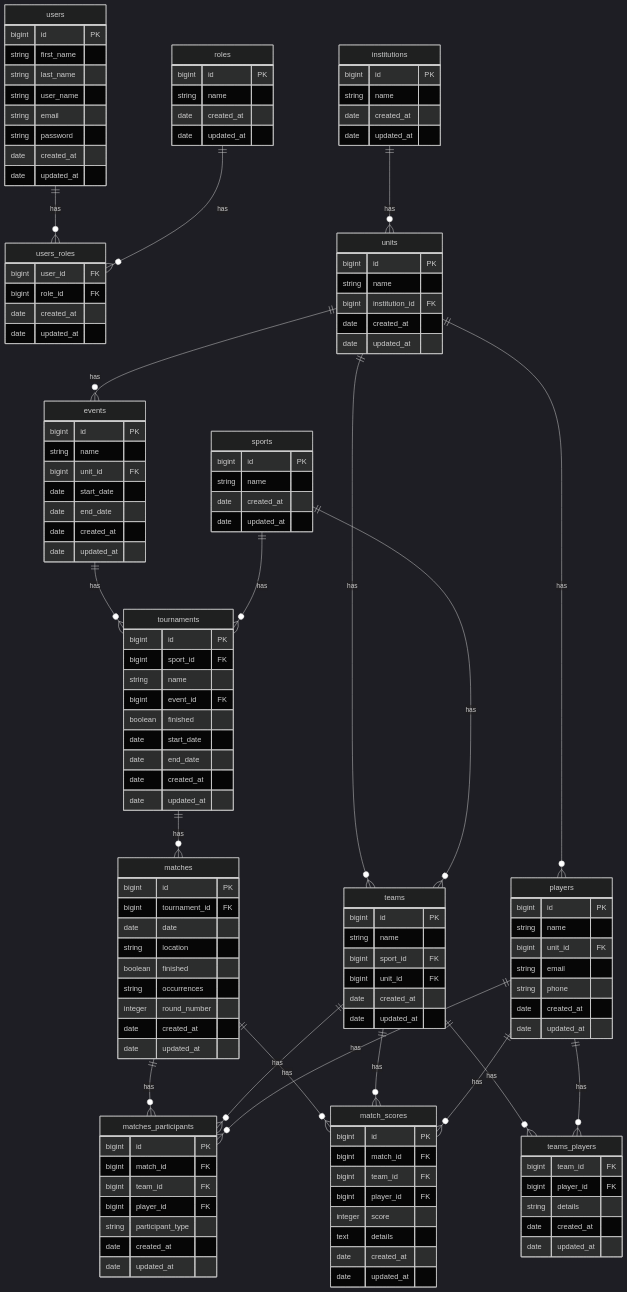
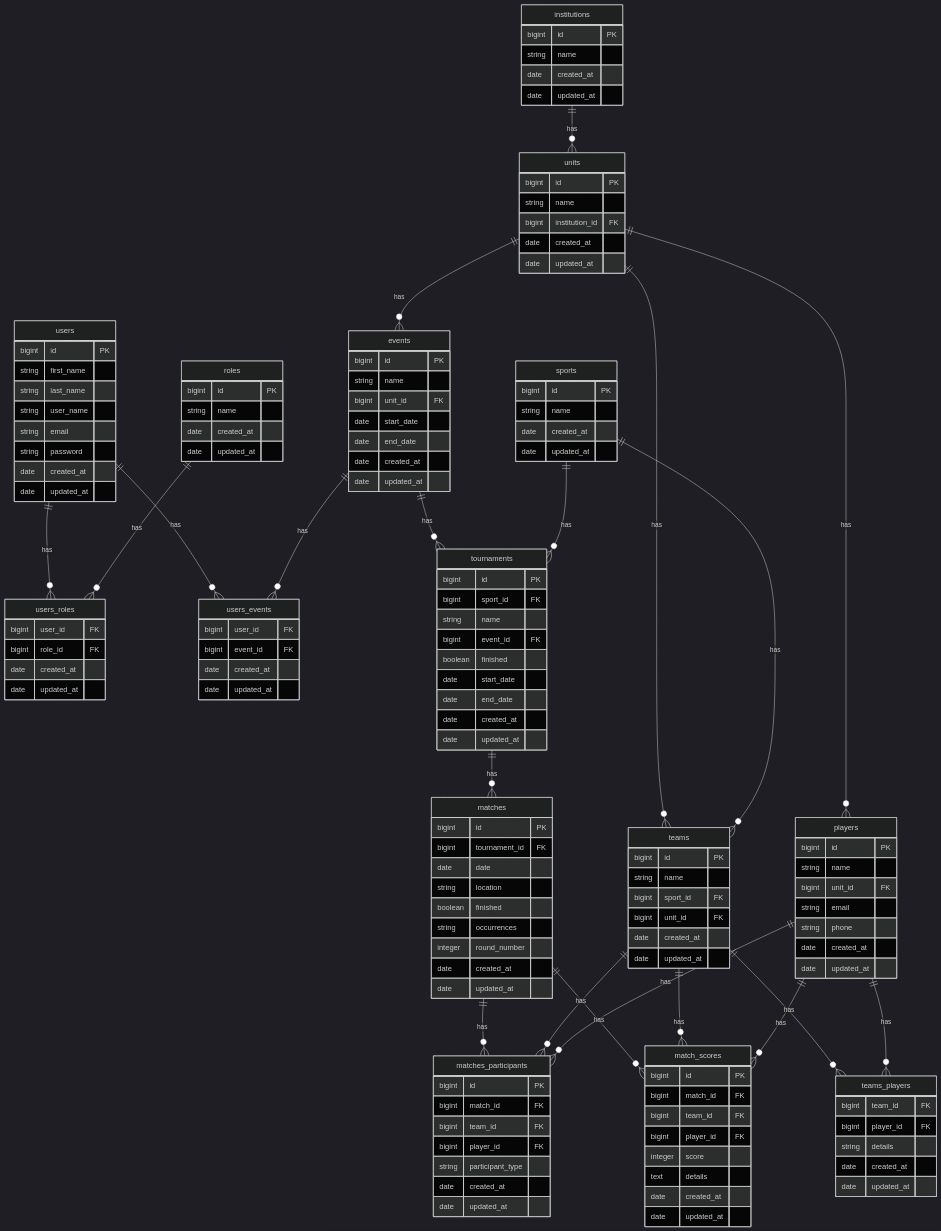
The diagram in README.md (rgomide/gerenciador-torneio), drawn with Mermaid (dark theme) before and after one commit.

Commit message:
update ERD

```diff
--- a/README.md
+++ b/README.md
@@ -35,6 +35,13 @@
         bigint role_id FK
         date created_at
         date updated_at
+    }
+
+    users_events {
+      bigint user_id FK
+      bigint event_id FK
+      date created_at
+      date updated_at
     }
 
     institutions {
@@ -143,6 +150,8 @@
 
     users ||--o{ users_roles : has
     roles ||--o{ users_roles : has
+    users ||--o{ users_events : has
+    events ||--o{ users_events : has
     institutions ||--o{ units : has
     units ||--o{ events : has
     units ||--o{ players : has
```
